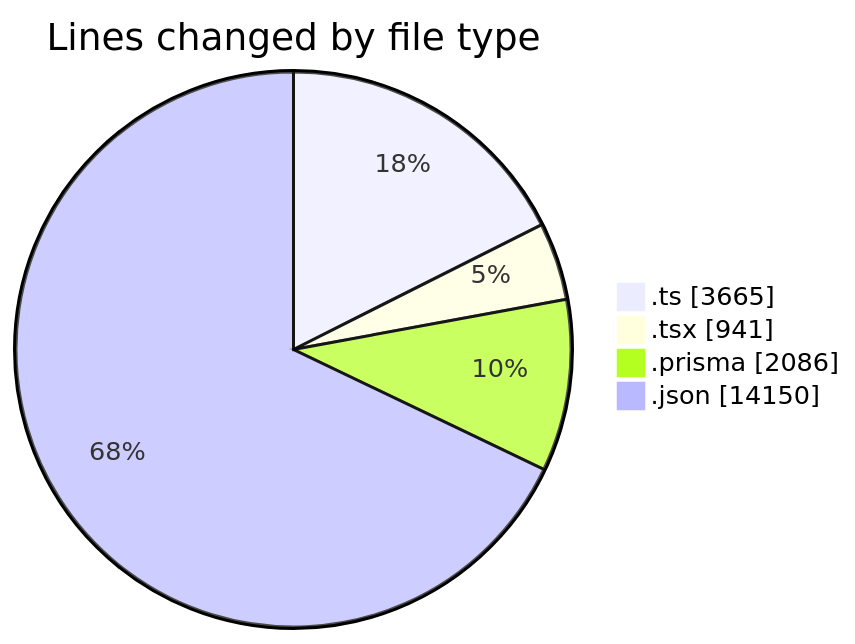
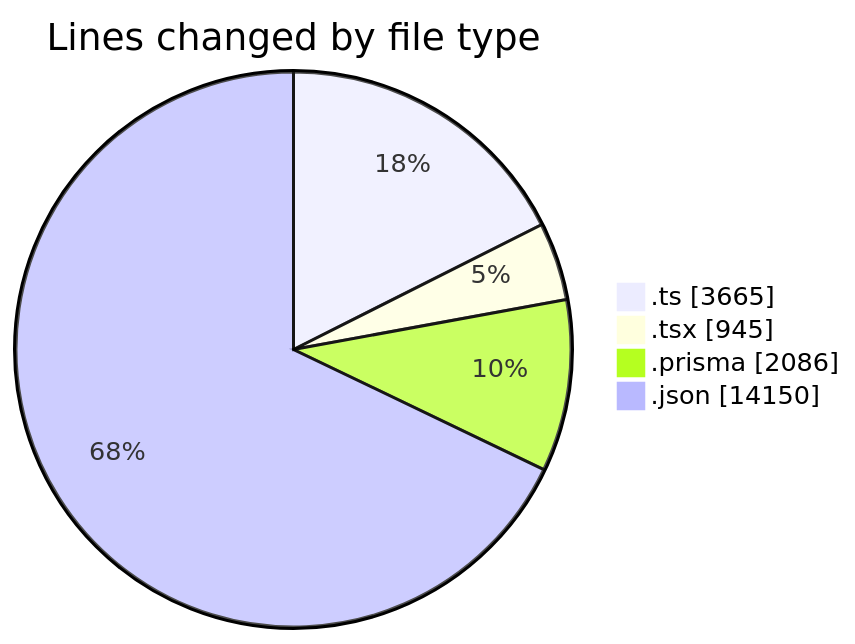
One commit to CELIANVF/code-tracking changed the first of 2 diagrams in 2025-05-19/ecodeli-1/README.md. Above: the diagram before and after it, drawn with Mermaid. The commit also changed other lines of this file and 1 other file, not shown here.

````diff
--- a/2025-05-19/ecodeli-1/README.md
+++ b/2025-05-19/ecodeli-1/README.md
@@ -32,8 +32,8 @@
 ```mermaid
 pie showData
 title Lines changed by file type
 ".ts" : 3665
-".tsx" : 941
+".tsx" : 945
 ".prisma" : 2086
 ".json" : 14150
 ```
````
